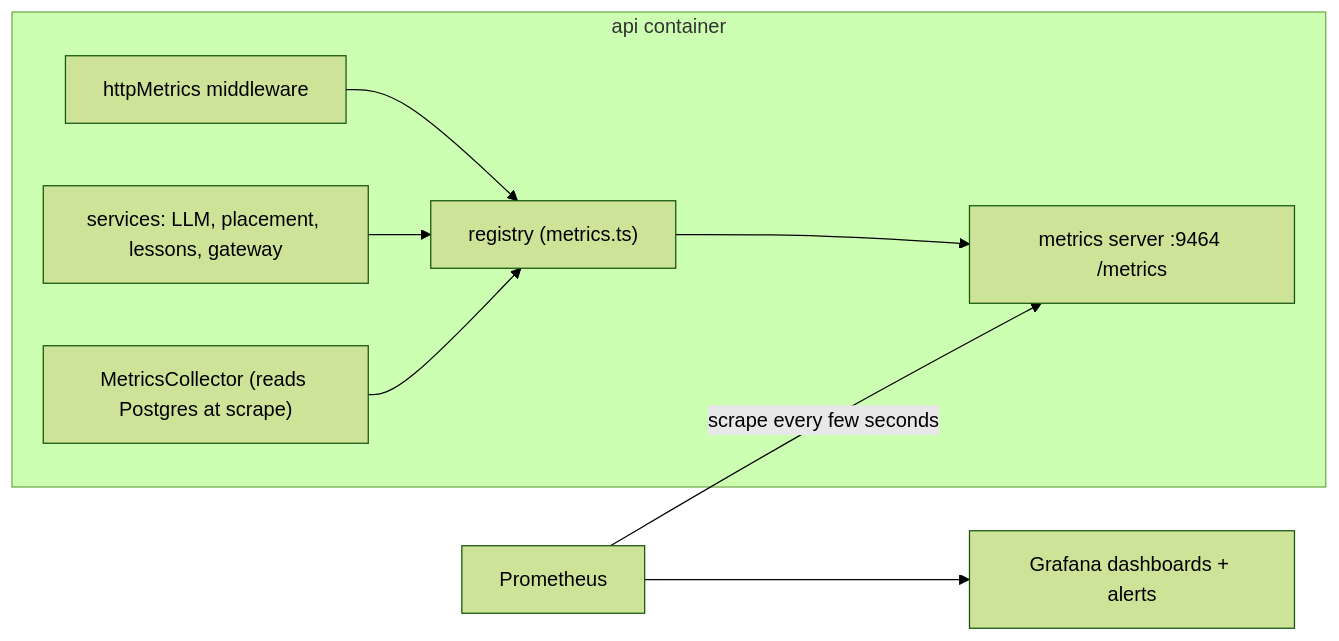
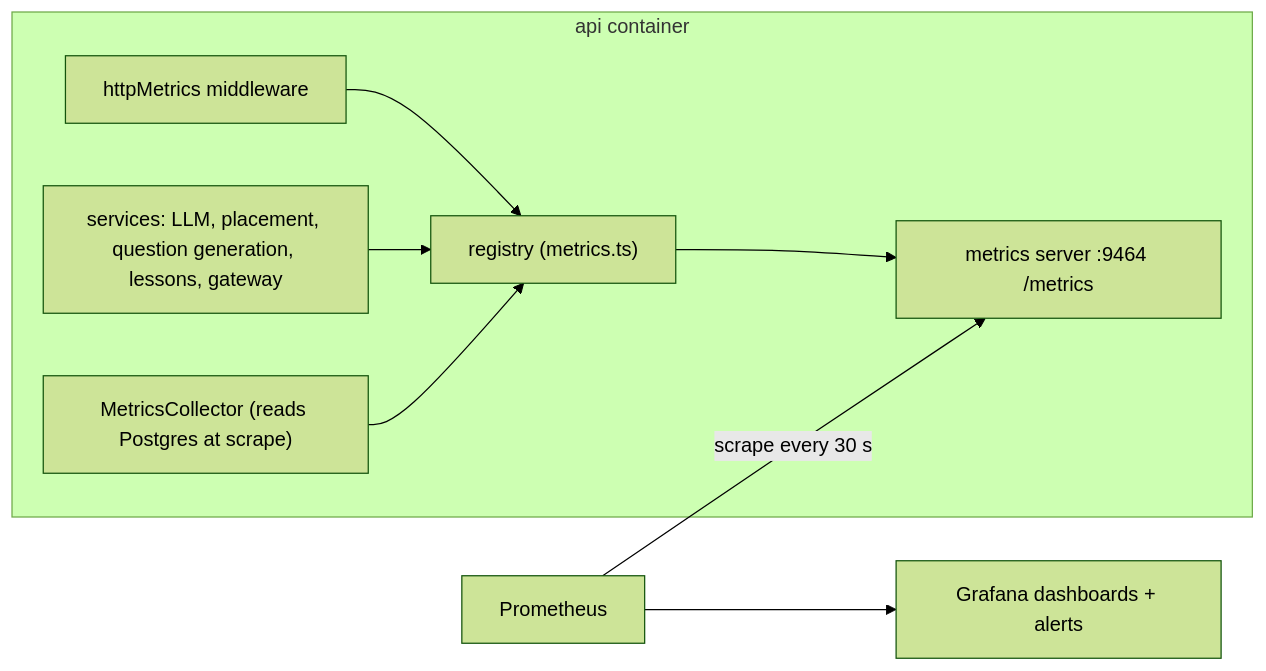
One commit to VictorBro/ft_transcendence changed the fifth of 7 diagrams in docs/api/03-infrastructure.md. Above: the diagram before and after it, drawn with Mermaid (forest theme). The commit also changed other lines of this file and 85 other files, not shown here.

````diff
--- a/docs/api/03-infrastructure.md
+++ b/docs/api/03-infrastructure.md
@@ -420,11 +422,11 @@
 ```mermaid
 flowchart LR
     subgraph API["api container"]
         MW["httpMetrics middleware"] --> REG["registry (metrics.ts)"]
-        SV["services: LLM, placement, lessons, gateway"] --> REG
+        SV["services: LLM, placement, question generation, lessons, gateway"] --> REG
         COL["MetricsCollector (reads Postgres at scrape)"] --> REG
         REG --> MS["metrics server :9464 /metrics"]
     end
-    PROM["Prometheus"] -- "scrape every few seconds" --> MS
+    PROM["Prometheus"] -- "scrape every 30 s" --> MS
     PROM --> GRAF["Grafana dashboards + alerts"]
 ```
````
